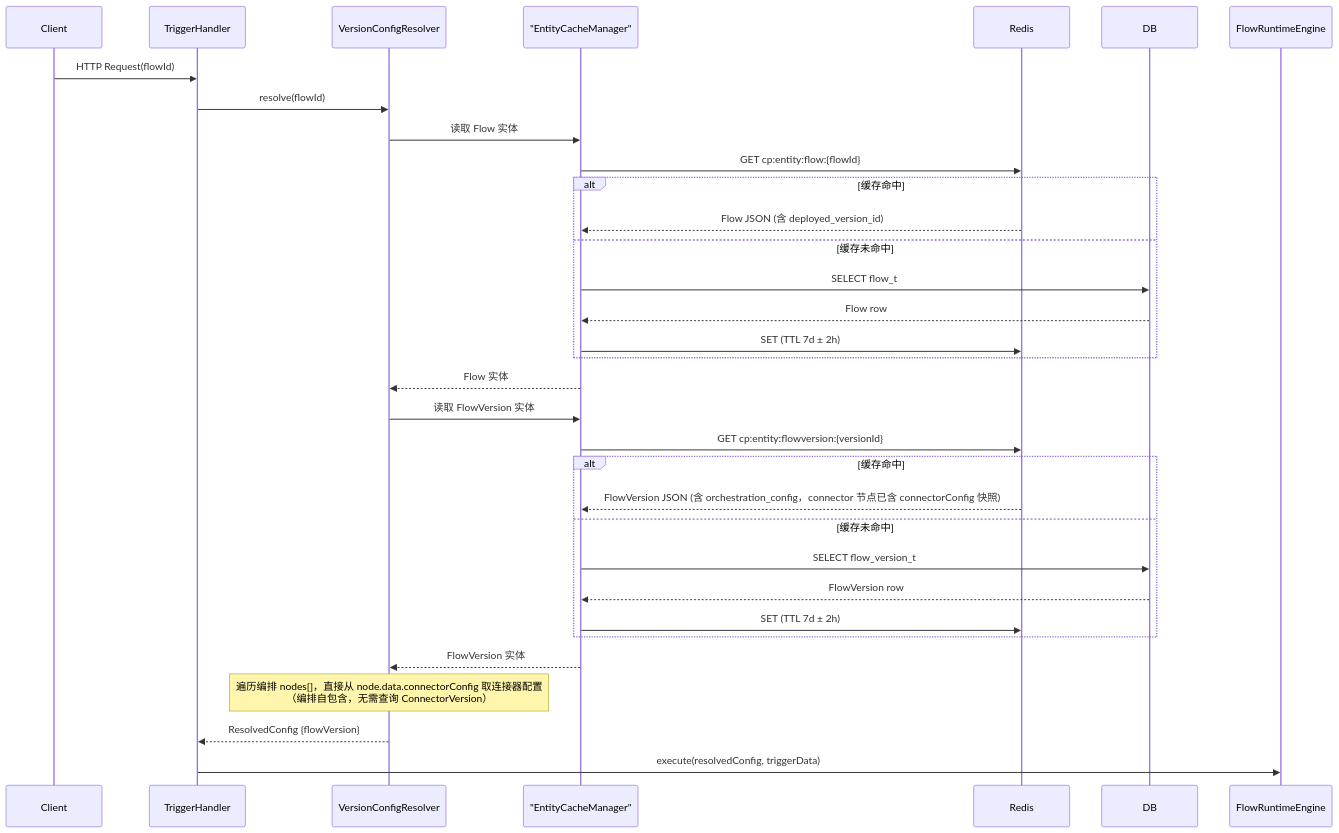
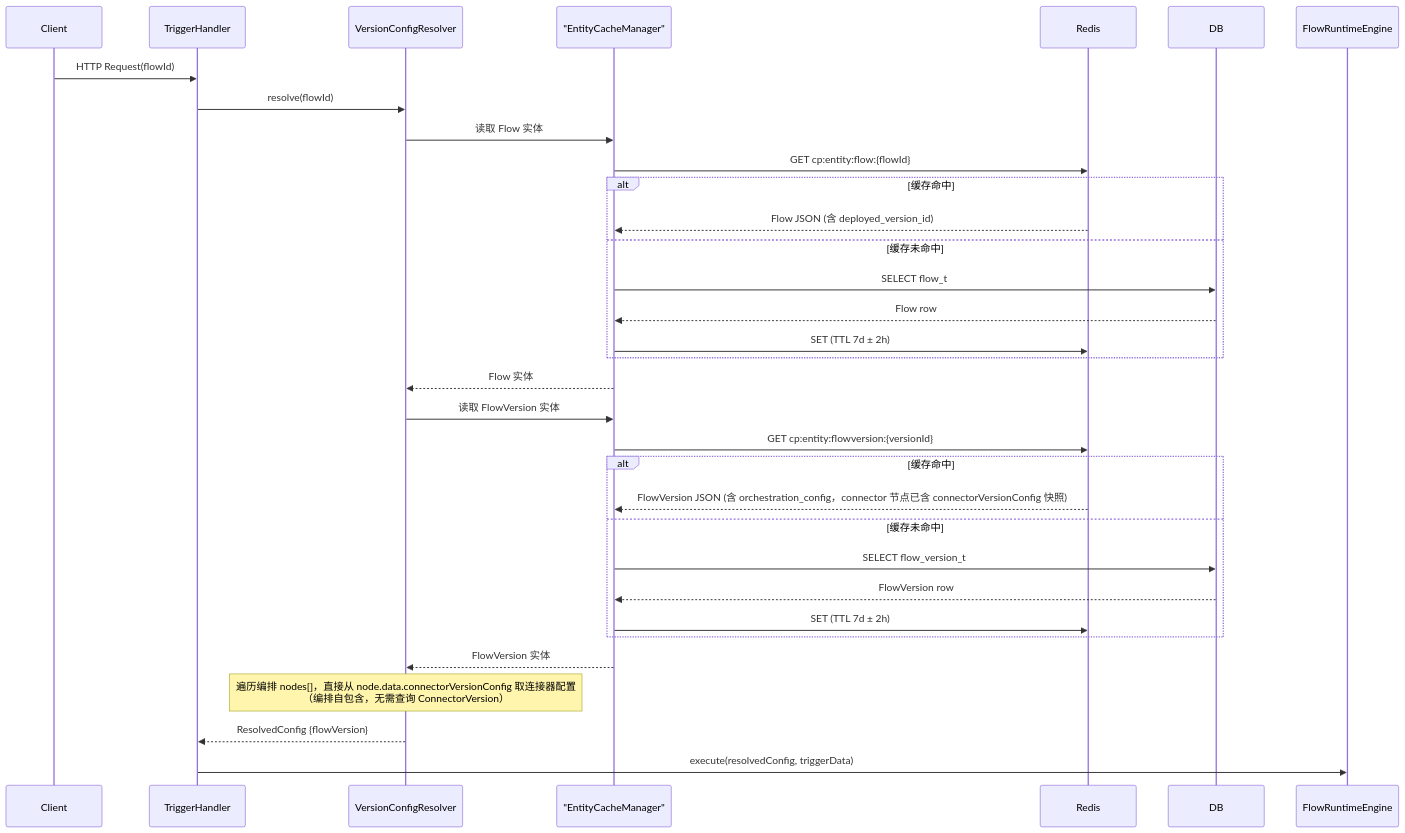
Before and after one commit to THZSummer/open-app: the fifth of 16 diagrams in .sddu/specs-tree-root/specs-tree-connector-platform-v3/plan-runtime.md, drawn with Mermaid. The commit also changed other lines of this file and 3 other files, not shown here.

First line of the commit message:
refactor: connectorConfig → connectorVersionConfig 语义更准确

````diff
--- a/.sddu/specs-tree-root/specs-tree-connector-platform-v3/plan-runtime.md
+++ b/.sddu/specs-tree-root/specs-tree-connector-platform-v3/plan-runtime.md
@@ -286,40 +286,40 @@
 ```mermaid
 sequenceDiagram
     participant Client
     participant TriggerHandler
     participant VersionConfigResolver
     participant EC as "EntityCacheManager"
     participant Redis
     participant DB
     participant FlowRuntimeEngine
 
     Client->>TriggerHandler: HTTP Request(flowId)
     TriggerHandler->>VersionConfigResolver: resolve(flowId)
 
     VersionConfigResolver->>EC: 读取 Flow 实体
     EC->>Redis: GET cp:entity:flow:{flowId}
     alt 缓存命中
         Redis-->>EC: Flow JSON (含 deployed_version_id)
     else 缓存未命中
         EC->>DB: SELECT flow_t
         DB-->>EC: Flow row
         EC->>Redis: SET (TTL 7d ± 2h)
     end
     EC-->>VersionConfigResolver: Flow 实体
 
     VersionConfigResolver->>EC: 读取 FlowVersion 实体
     EC->>Redis: GET cp:entity:flowversion:{versionId}
     alt 缓存命中
-        Redis-->>EC: FlowVersion JSON (含 orchestration_config，connector 节点已含 connectorConfig 快照)
+        Redis-->>EC: FlowVersion JSON (含 orchestration_config，connector 节点已含 connectorVersionConfig 快照)
     else 缓存未命中
         EC->>DB: SELECT flow_version_t
         DB-->>EC: FlowVersion row
         EC->>Redis: SET (TTL 7d ± 2h)
     end
     EC-->>VersionConfigResolver: FlowVersion 实体
 
-    Note over VersionConfigResolver: 遍历编排 nodes[]，直接从 node.data.connectorConfig 取连接器配置<br/>（编排自包含，无需查询 ConnectorVersion）
+    Note over VersionConfigResolver: 遍历编排 nodes[]，直接从 node.data.connectorVersionConfig 取连接器配置<br/>（编排自包含，无需查询 ConnectorVersion）
 
     VersionConfigResolver-->>TriggerHandler: ResolvedConfig {flowVersion}
     TriggerHandler->>FlowRuntimeEngine: execute(resolvedConfig, triggerData)
 ```
````
